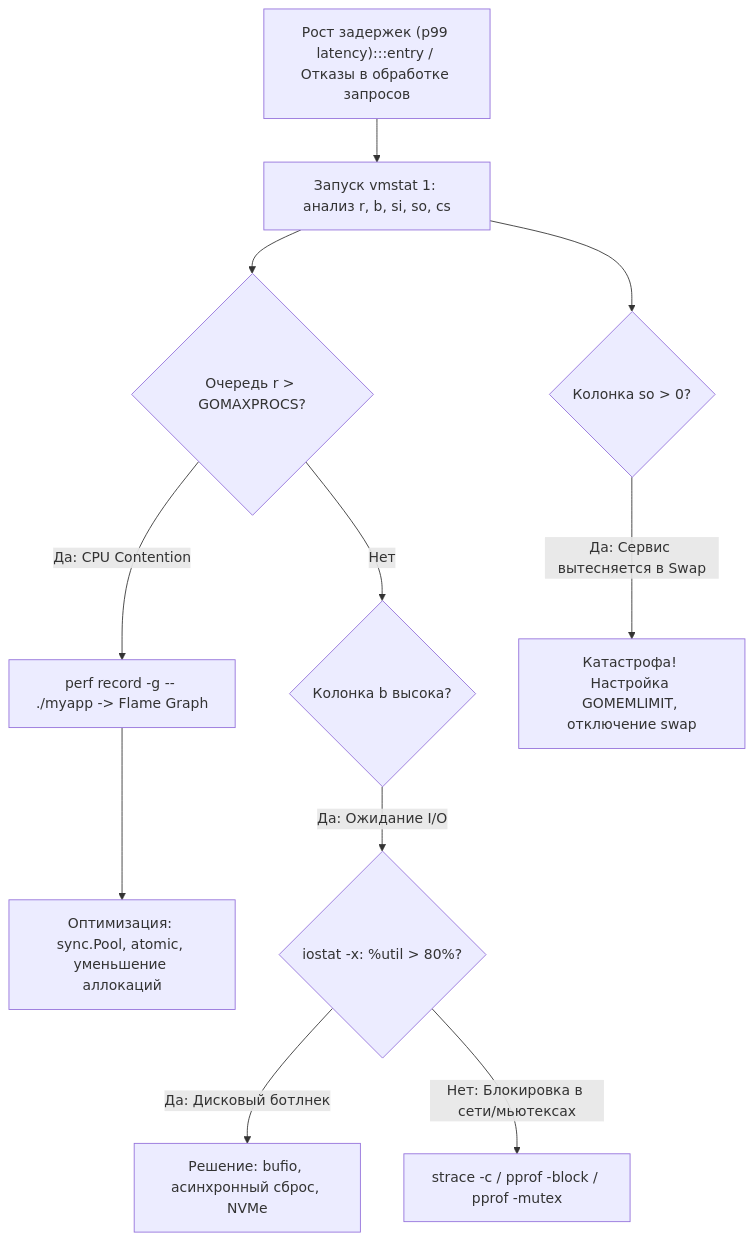
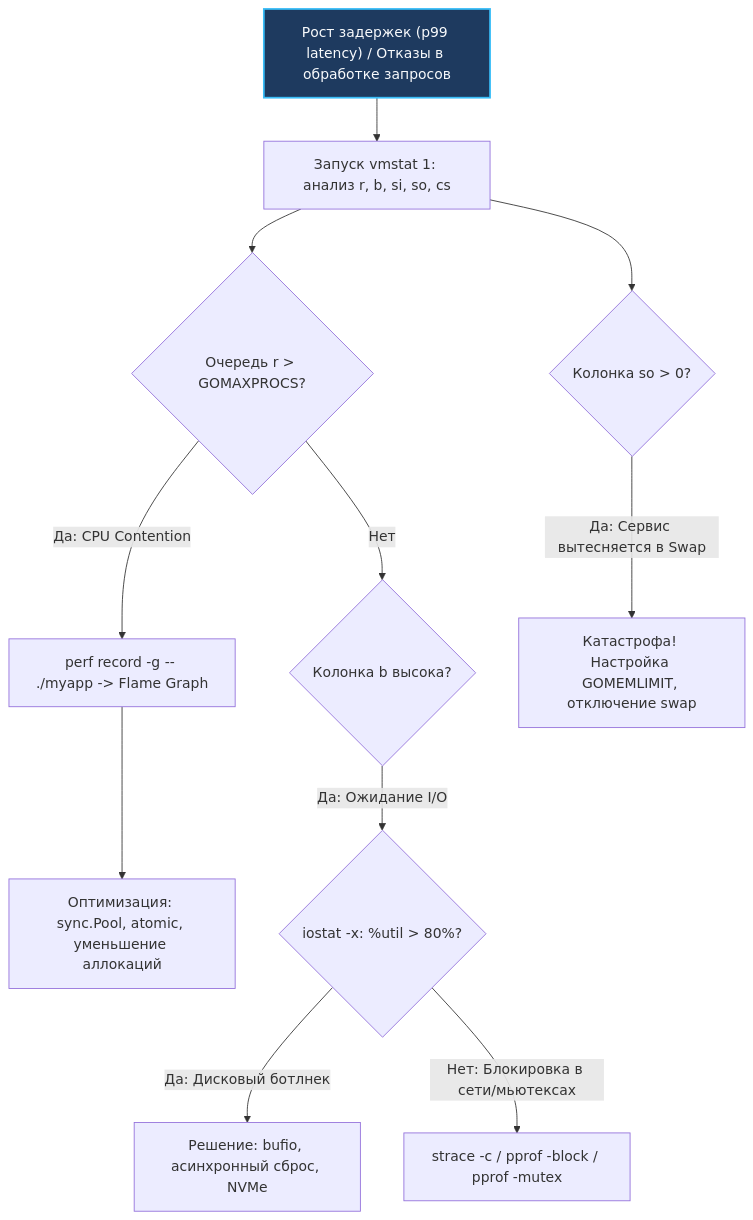
One commit to UnrealTemplier/go-textbook-ru changed the fourth of 4 diagrams in sources/2. Устройство и работа ОС/60. perf, top, vmstat, iostat и другие инструменты Linux.md. Above: the diagram before and after it, drawn with Mermaid. The commit also changed 40 other files, not shown here.

First line of the commit message:
fix(mermaid): move :::class out of 48 quoted node labels

````diff
--- a/sources/2. Устройство и работа ОС/60. perf, top, vmstat, iostat и другие инструменты Linux.md
+++ b/sources/2. Устройство и работа ОС/60. perf, top, vmstat, iostat и другие инструменты Linux.md
@@ -264,26 +264,26 @@
 ```mermaid
 flowchart TD
     classDef process  fill:#1e293b,stroke:#38bdf8,stroke-width:1px,color:#f8fafc
     classDef success  fill:#064e3b,stroke:#34d399,stroke-width:1px,color:#f8fafc
     classDef error    fill:#7f1d1d,stroke:#f87171,stroke-width:1px,color:#f8fafc
     classDef warning  fill:#78350f,stroke:#fbbf24,stroke-width:1px,color:#f8fafc
     classDef entry    fill:#1e3a5f,stroke:#38bdf8,stroke-width:2px,color:#f8fafc
     classDef aux      fill:#334155,stroke:#64748b,stroke-width:1px,color:#f8fafc
     classDef system   fill:#312e81,stroke:#a78bfa,stroke-width:1px,color:#f8fafc
     classDef data     fill:#132d29,stroke:#2dd4bf,stroke-width:1px,color:#f8fafc
     classDef network  fill:#881337,stroke:#fb7185,stroke-width:1px,color:#f8fafc
     classDef accent   fill:#1e1b4b,stroke:#818cf8,stroke-width:1px,color:#f8fafc
-    Incident["Рост задержек (p99 latency):::entry / Отказы в обработке запросов"] --> RunVmstat["Запуск vmstat 1: анализ r, b, si, so, cs"]
+    Incident["Рост задержек (p99 latency) / Отказы в обработке запросов"]:::entry --> RunVmstat["Запуск vmstat 1: анализ r, b, si, so, cs"]
     
     RunVmstat --> CheckRunqueue{"Очередь r > GOMAXPROCS?"}
     CheckRunqueue -->|Да: CPU Contention| PerfCPU["perf record -g -- ./myapp -> Flame Graph"]
     PerfCPU --> OptimizeCPU["Оптимизация: sync.Pool, atomic, уменьшение аллокаций"]
 
     CheckRunqueue -->|Нет| CheckBlocked{"Колонка b высока?"}
     CheckBlocked -->|Да: Ожидание I/O| CheckDisk{"iostat -x: %util > 80%?"}
     CheckDisk -->|Да: Дисковый ботлнек| DiskFix["Решение: bufio, асинхронный сброс, NVMe"]
     CheckDisk -->|Нет: Блокировка в сети/мьютексах| MutexLock["strace -c / pprof -block / pprof -mutex"]
 
     RunVmstat --> CheckSwap{"Колонка so > 0?"}
     CheckSwap -->|Да: Сервис вытесняется в Swap| OOMFix["Катастрофа! Настройка GOMEMLIMIT, отключение swap"]
 ```
````
